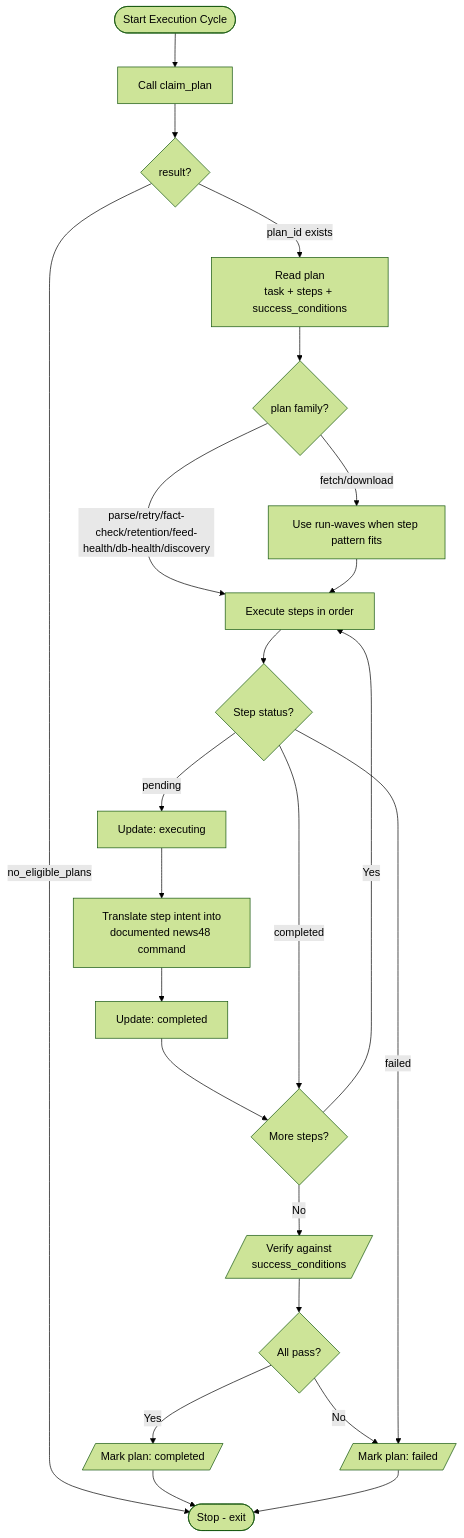
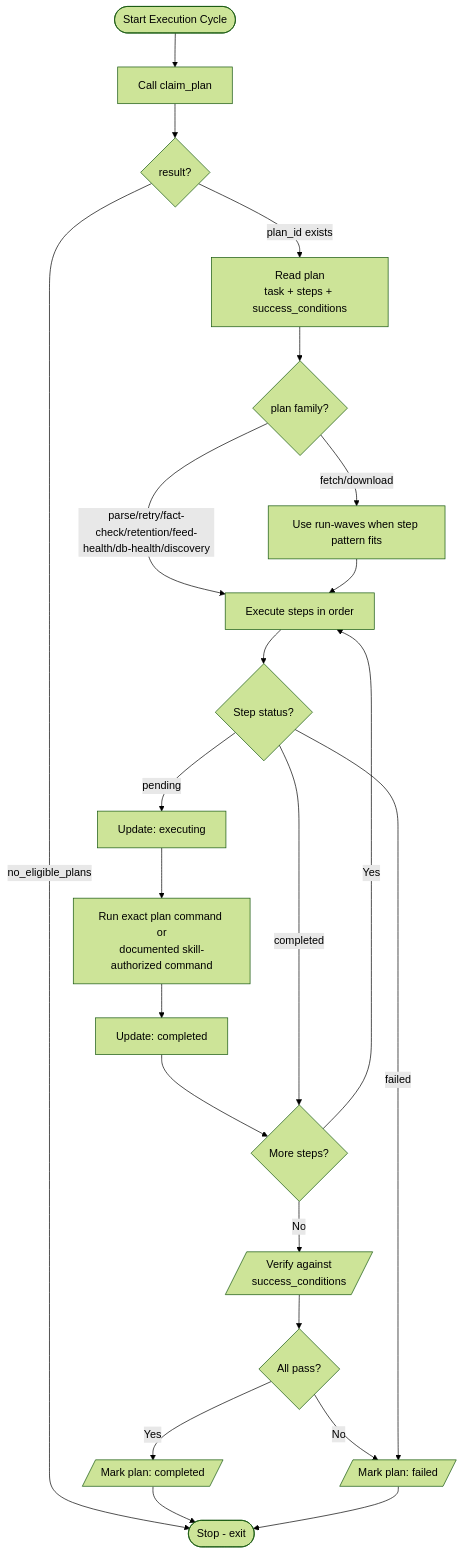
The diagram in agents/skills/executor/business-logic.md (malvavisc0/news48), drawn with Mermaid (forest theme) before and after one commit. The commit also changed other lines of this file and 13 other files, not shown here.

````diff
--- a/agents/skills/executor/business-logic.md
+++ b/agents/skills/executor/business-logic.md
@@ -3,25 +3,25 @@
 ```mermaid
 flowchart TD
     Start([Start Execution Cycle]) --> Claim[Call claim_plan]
     Claim --> Result{result?}
     Result -->|no_eligible_plans| Stop([Stop - exit])
     Result -->|plan_id exists| Read[Read plan<br/>task + steps + success_conditions]
     Read --> Family{plan family?}
     Family -->|fetch/download| WaveFlow[Use run-waves when step pattern fits]
     Family -->|parse/retry/fact-check/retention/feed-health/db-health/discovery| Execute[Execute steps in order]
     WaveFlow --> Execute
     Execute --> Step{Step status?}
     Step -->|pending| UpdateExec[Update: executing]
-    UpdateExec --> RunCmd[Translate step intent into<br/>documented news48 command]
+    UpdateExec --> RunCmd[Run exact plan command or<br/>documented skill-authorized command]
     RunCmd --> UpdateComplete[Update: completed]
     UpdateComplete --> MoreSteps{More steps?}
     MoreSteps -->|Yes| Execute
     MoreSteps -->|No| Verify[/Verify against<br/>success_conditions/]
     Verify --> AllPass{All pass?}
     AllPass -->|Yes| Complete[/Mark plan: completed/]
     AllPass -->|No| Failed[/Mark plan: failed/]
     Complete --> Stop
     Failed --> Stop
     Step -->|completed| MoreSteps
     Step -->|failed| Failed
 ```
````
